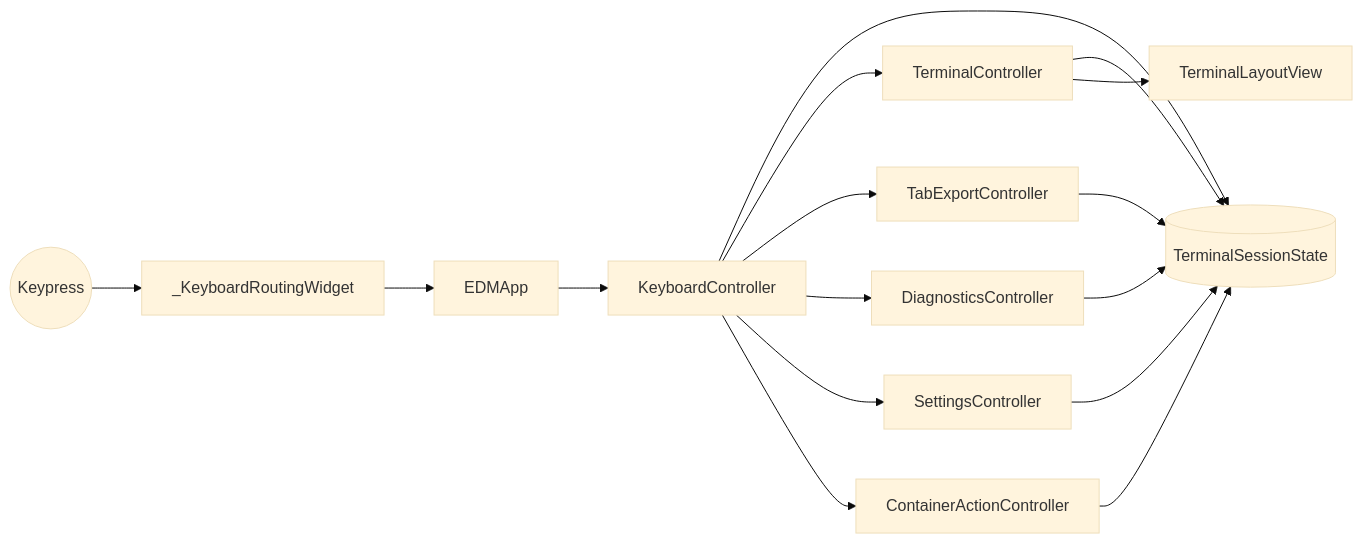
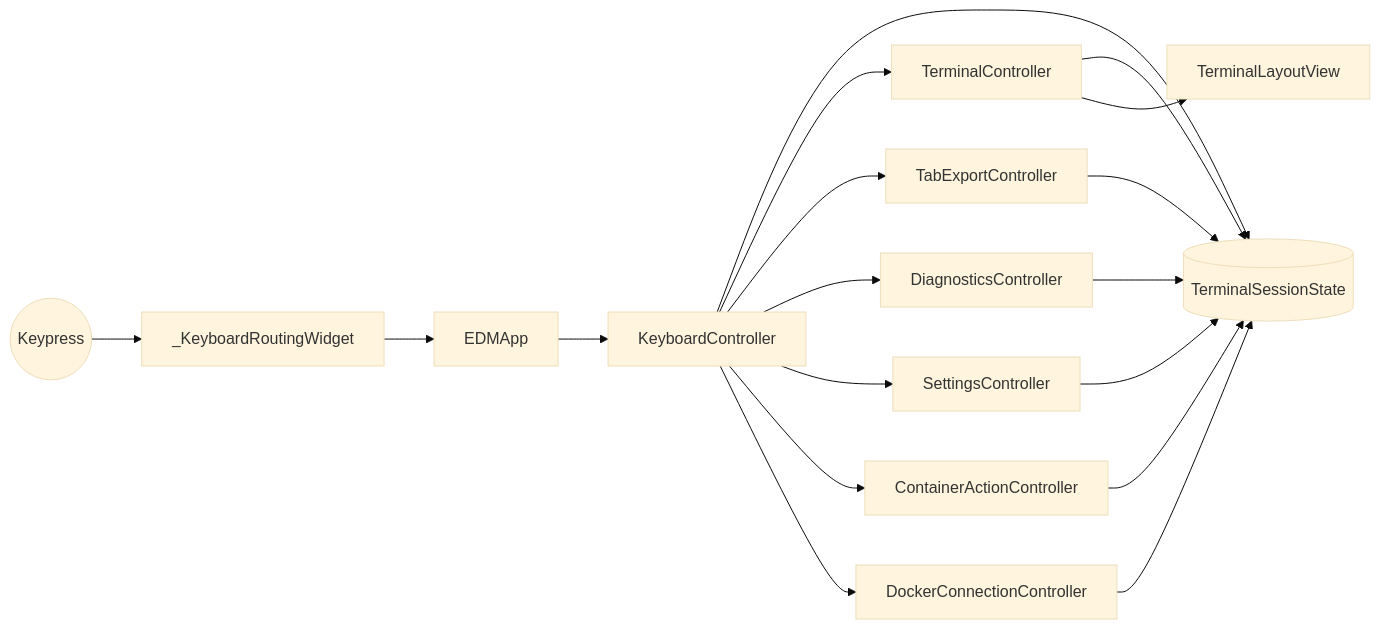
One commit to arabnejad/edm changed the third of 5 diagrams in DEVELOPMENT_GUIDE.md. Above: the diagram before and after it, drawn with Mermaid (base theme). The commit also changed other lines of this file and 41 other files, not shown here.

````diff
--- a/DEVELOPMENT_GUIDE.md
+++ b/DEVELOPMENT_GUIDE.md
@@ -292,28 +314,31 @@
 ```mermaid
 flowchart LR
     Key((Keypress))
     Root[_KeyboardRoutingWidget]
     App[EDMApp]
     Keyboard[KeyboardController]
     UI[TerminalController]
     Export[TabExportController]
     Diagnostics[DiagnosticsController]
     Settings[SettingsController]
     Actions[ContainerActionController]
+    Connections[DockerConnectionController]
     State[(TerminalSessionState)]
     View[TerminalLayoutView]
 
     Key --> Root --> App --> Keyboard
     Keyboard --> State
     Keyboard --> UI
     Keyboard --> Export
     Keyboard --> Diagnostics
     Keyboard --> Settings
     Keyboard --> Actions
+    Keyboard --> Connections
     UI --> State
     Export --> State
     Diagnostics --> State
     Settings --> State
     Actions --> State
+    Connections --> State
     UI --> View
 ```
````
